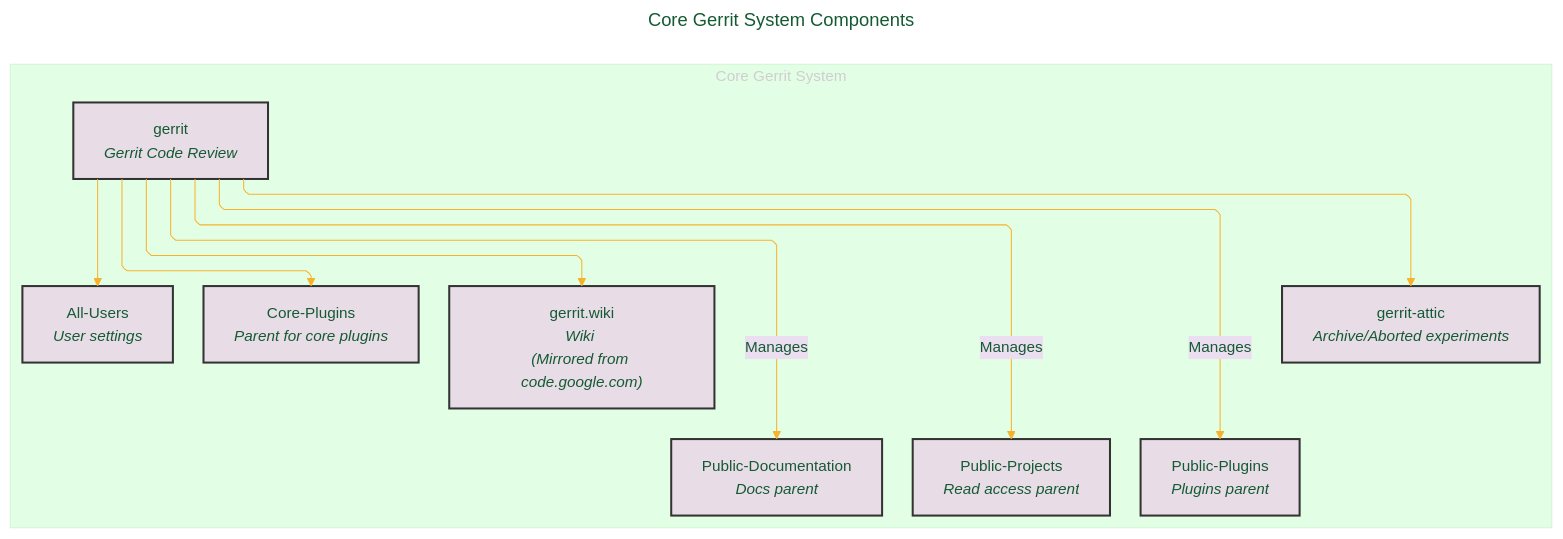
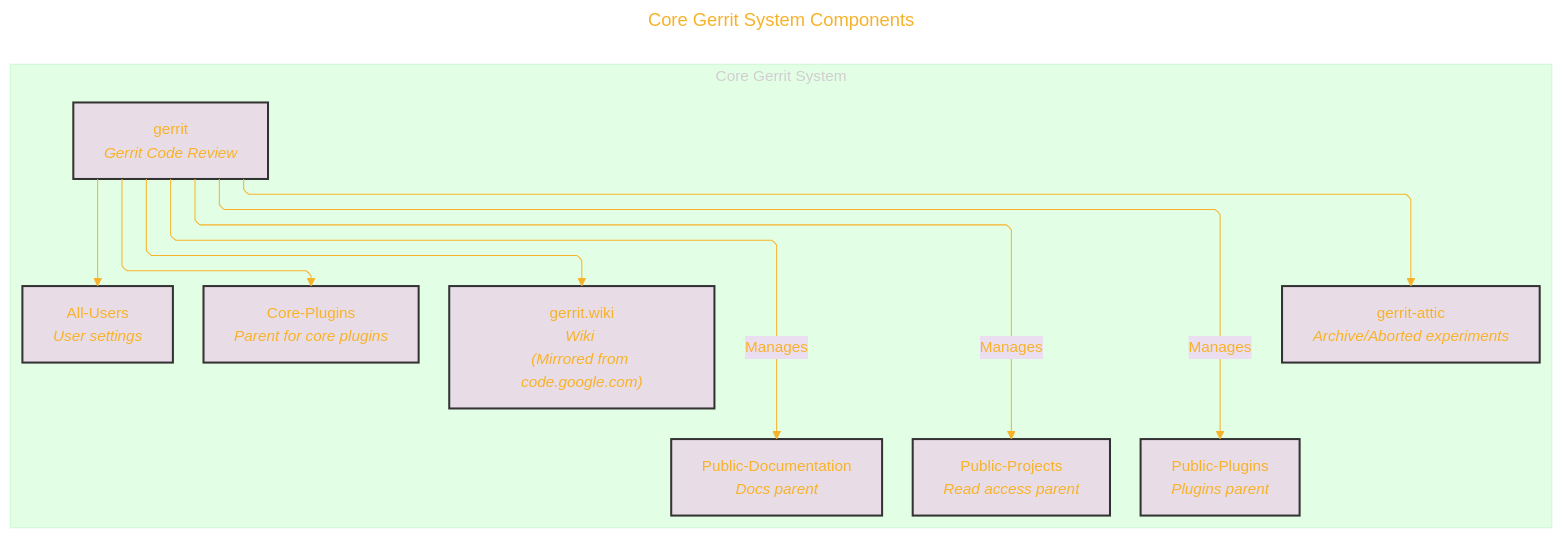
Before and after one commit to CongLeSolutionX/Chromium_Project: the second of 12 diagrams in Gerrit_Ecosystem_on_gerrit_googlesource.md, drawn with Mermaid. The commit also changed other lines of this file, not shown here.

````diff
--- a/Gerrit_Ecosystem_on_gerrit_googlesource.md
+++ b/Gerrit_Ecosystem_on_gerrit_googlesource.md
@@ -143,70 +143,70 @@
 ```mermaid
 ---
 title: "Core Gerrit System Components"
 author: "Cong Le"
 version: "1.0"
 license(s): "MIT, CC BY 4.0"
 copyright: "Copyright (c) 2025 Cong Le. All Rights Reserved."
 config:
   layout: elk
   theme: base
 ---
 %%%%%%%% Mermaid version v11.4.1-b.14
 %%%%%%%% Available curve styles include the following keywords:
 %% basis, bumpX, bumpY, cardinal, catmullRom, linear, monotoneX, monotoneY, natural, step, stepAfter, stepBefore.
 %%{
   init: {
     'securityLevel': 'loose',
     'flowchart': { 'htmlLabels': true, 'curve': 'linear' },
     'fontFamily': 'Monaco',
     'themeVariables': {
       'primaryColor': '#F5E3',
-      'primaryTextColor': '#145A32',
+      'primaryTextColor': '#F8B229',
       'lineColor': '#F8B229',
       'primaryBorderColor': '#27AE60',
       'secondaryColor': '#EBDEF0',
       'secondaryTextColor': '#6C3483',
       'secondaryBorderColor': '#A569BD',
       'fontSize': '15px'
     }
   }
 }%%
 graph TD
     subgraph CoreSystem["Core Gerrit System"]
         G["gerrit<br/><i>Gerrit Code Review</i>"]
          click G href "https://gerrit.googlesource.com/gerrit" "gerrit Code Review"
         AU["All-Users<br/><i>User settings</i>"]
          click AU href "https://gerrit.googlesource.com/All-Users" "All-Users"
         CP["Core-Plugins<br/><i>Parent for core plugins</i>"]
          click CP href "https://gerrit.googlesource.com/Core-Plugins" "Core-Plugins"
         GA["gerrit-attic<br/><i>Archive/Aborted experiments</i>"]
          click GA href "https://gerrit.googlesource.com/gerrit-attic" "gerrit-attic"
         GW["gerrit.wiki<br/><i>Wiki <br/>(Mirrored from code.google.com)</i>"]
          click GW href "https://gerrit.googlesource.com/gerrit.wiki" "gerrit.wiki"
 
         PP["Public-Projects<br/><i>Read access parent</i>"]
          click PP href "https://gerrit.googlesource.com/Public-Projects" "Public-Projects"
         PPL["Public-Plugins<br/><i>Plugins parent</i>"]
          click PPL href "https://gerrit.googlesource.com/Public-Plugins" "Public-Plugins"
         PD["Public-Documentation<br/><i>Docs parent</i>"]
          click PD href "https://gerrit.googlesource.com/Public-Documentation" "Public-Documentation"
 
         G --> |Manages| PP
         G --> |Manages| PPL
         G --> |Manages| PD
         G --> AU
         G --> CP
         G --> GA
         G --> GW
     end
 
     style G fill:#lightgreen,stroke:#333,stroke-width:2px
     style CP fill:#lightblue,stroke:#333,stroke-width:2px
     style AU fill:#lightblue,stroke:#333,stroke-width:2px
     style GA fill:#lightblue,stroke:#333,stroke-width:2px
     style GW fill:#lightblue,stroke:#333,stroke-width:2px
     style PP fill:#lightgrey,stroke:#333,stroke-width:2px
     style PPL fill:#lightgrey,stroke:#333,stroke-width:2px
     style PD fill:#lightgrey,stroke:#333,stroke-width:2px
 
 ```
````
